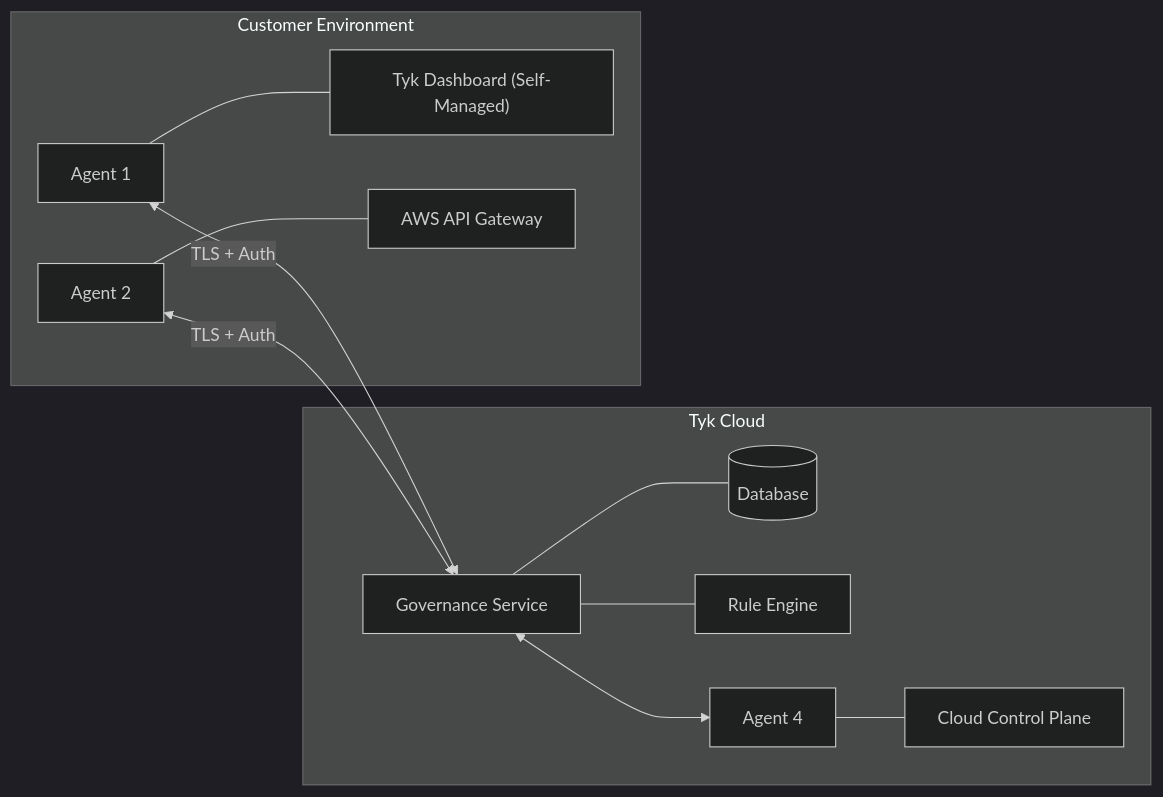
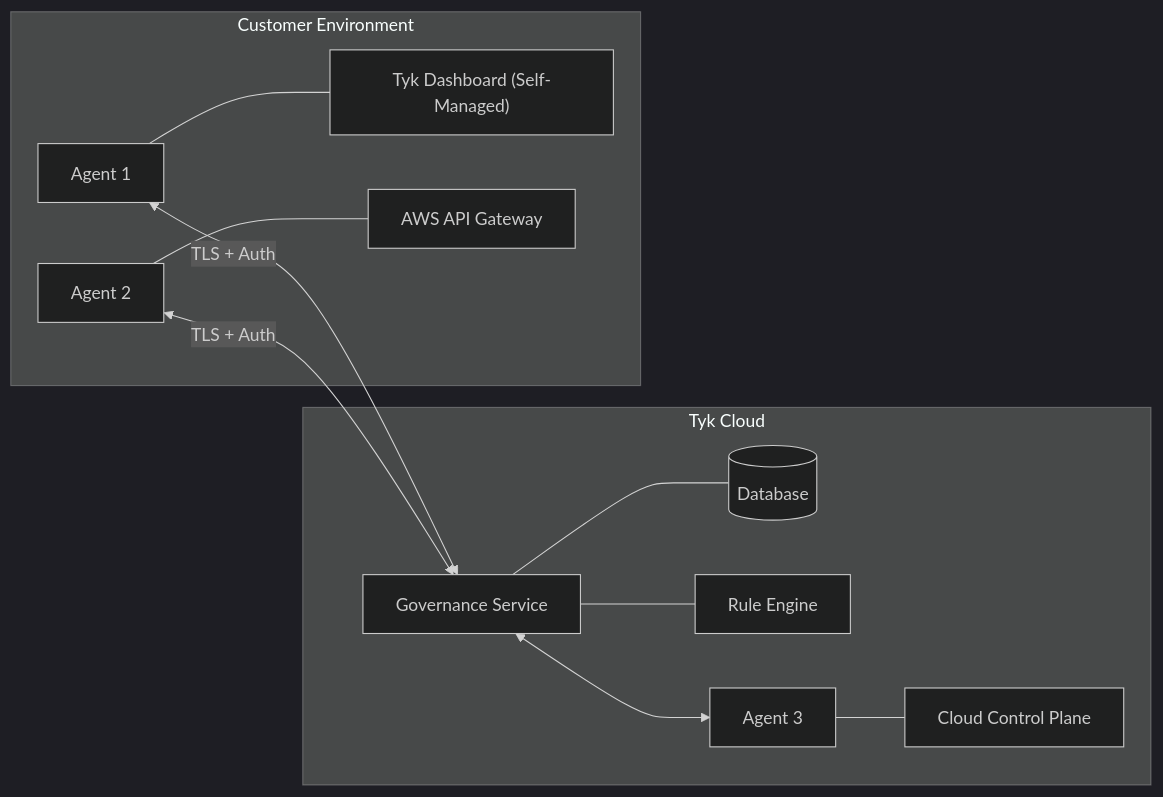
Before and after one commit to TykTechnologies/tyk-docs-hugo: the first of 4 diagrams in tyk-docs/content/tyk-governance/installation.md, drawn with Mermaid (dark theme). The commit also changed other lines of this file and 8 other files, not shown here.

````diff
--- a/tyk-docs/content/tyk-governance/installation.md
+++ b/tyk-docs/content/tyk-governance/installation.md
@@ -52,16 +52,16 @@
 ```mermaid
 flowchart LR
     subgraph "Tyk Cloud"
         GS["Governance Service"] --- DB[(Database)]
         GS --- RE["Rule Engine"]
-        GS <--> A4["Agent 4"] --- P4["Cloud Control Plane"]
+        GS <--> A4["Agent 3"] --- P3["Cloud Control Plane"]
     end
     
     subgraph "Customer Environment"
         A1["Agent 1"] --- P1["Tyk Dashboard (Self-Managed)"]
         A2["Agent 2"] --- P2["AWS API Gateway"]
     end
     
     A1 <-->|"TLS + Auth"| GS
     A2 <-->|"TLS + Auth"| GS
 ```
````
